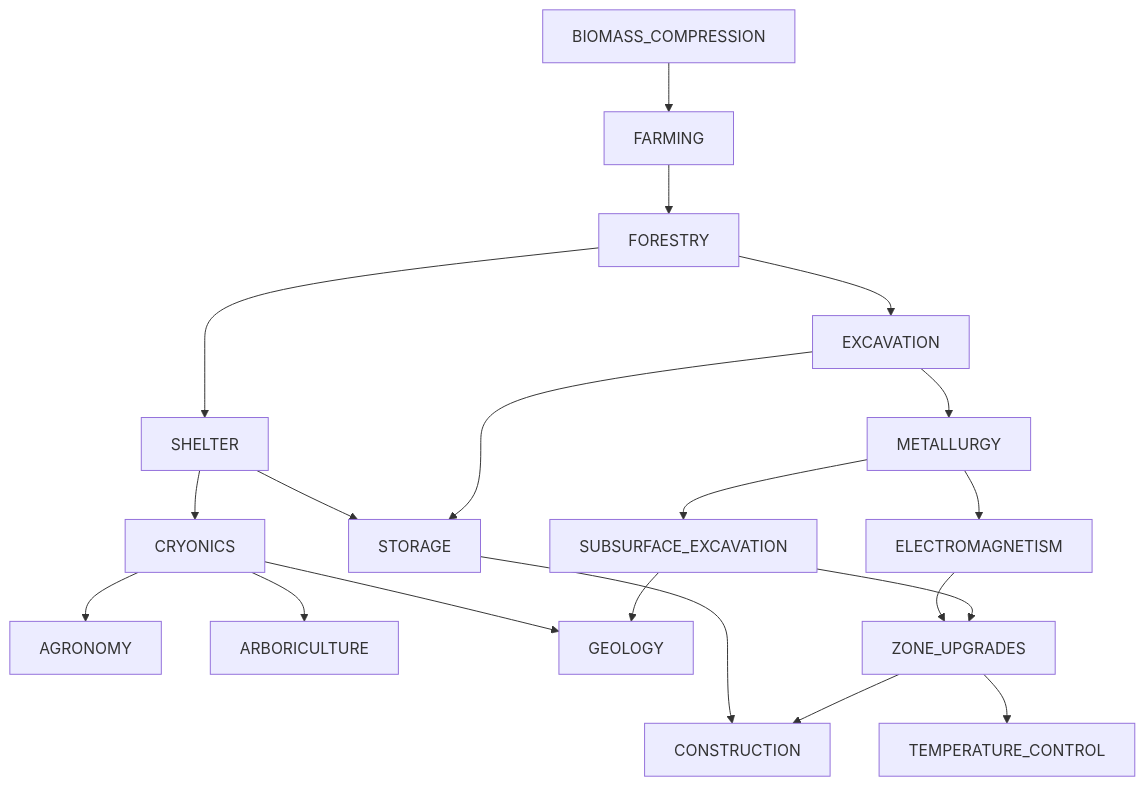
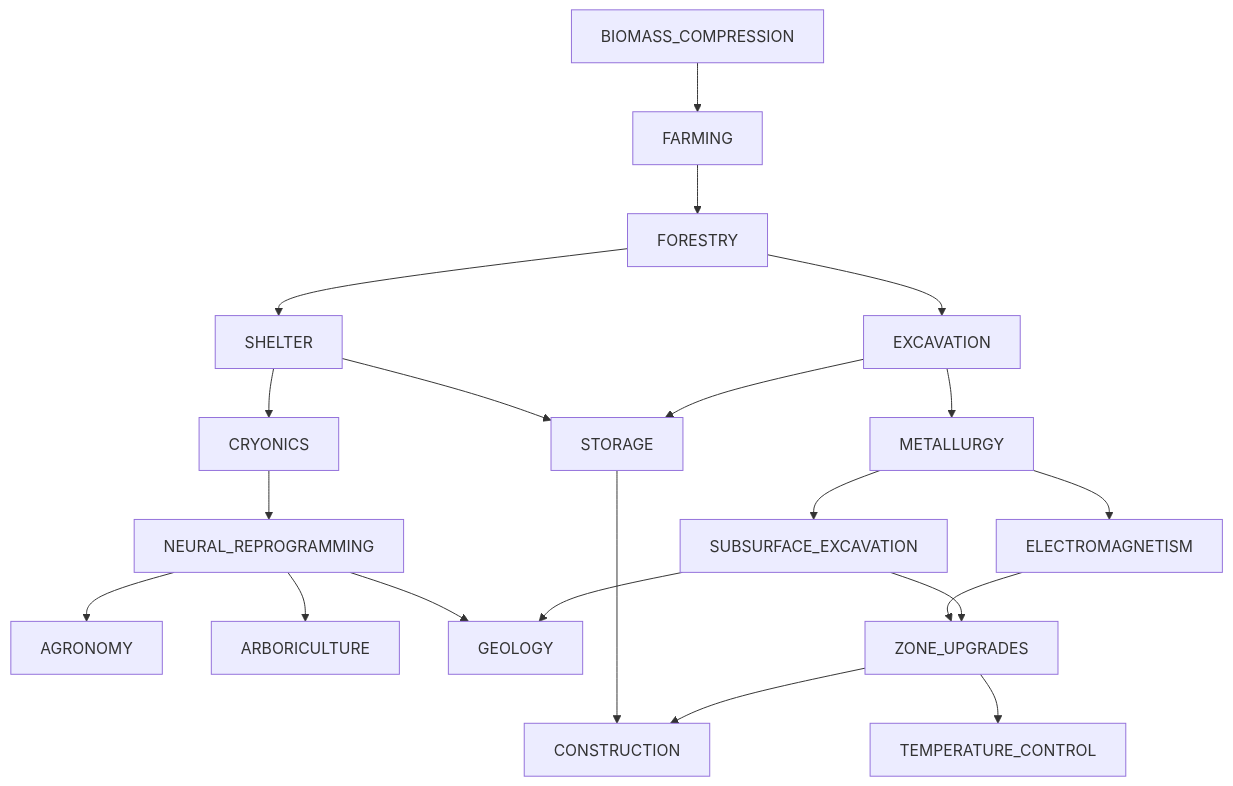
One commit to krnsk0/idler changed the diagram in docs/TECH_TREE.md. Above: the diagram before and after it, drawn with Mermaid. The commit also changed 4 other files, not shown here.

Commit message:
neural reprogramming

````diff
--- a/docs/TECH_TREE.md
+++ b/docs/TECH_TREE.md
@@ -6,23 +6,24 @@
 ```mermaid
 flowchart TD;
   BIOMASS_COMPRESSION --> FARMING
   FARMING --> FORESTRY
   SHELTER --> CRYONICS
   SHELTER --> STORAGE
-  CRYONICS --> AGRONOMY
-  CRYONICS --> ARBORICULTURE
-  CRYONICS --> GEOLOGY
+  CRYONICS --> NEURAL_REPROGRAMMING
+  NEURAL_REPROGRAMMING --> AGRONOMY
+  NEURAL_REPROGRAMMING --> ARBORICULTURE
+  NEURAL_REPROGRAMMING --> GEOLOGY
   FORESTRY --> SHELTER
   FORESTRY --> EXCAVATION
   STORAGE --> CONSTRUCTION
   EXCAVATION --> METALLURGY
   EXCAVATION --> STORAGE
   METALLURGY --> ELECTROMAGNETISM
   METALLURGY --> SUBSURFACE_EXCAVATION
   ELECTROMAGNETISM --> ZONE_UPGRADES
   SUBSURFACE_EXCAVATION --> GEOLOGY
   SUBSURFACE_EXCAVATION --> ZONE_UPGRADES
   ZONE_UPGRADES --> CONSTRUCTION
   ZONE_UPGRADES --> TEMPERATURE_CONTROL
 
 ```
````
